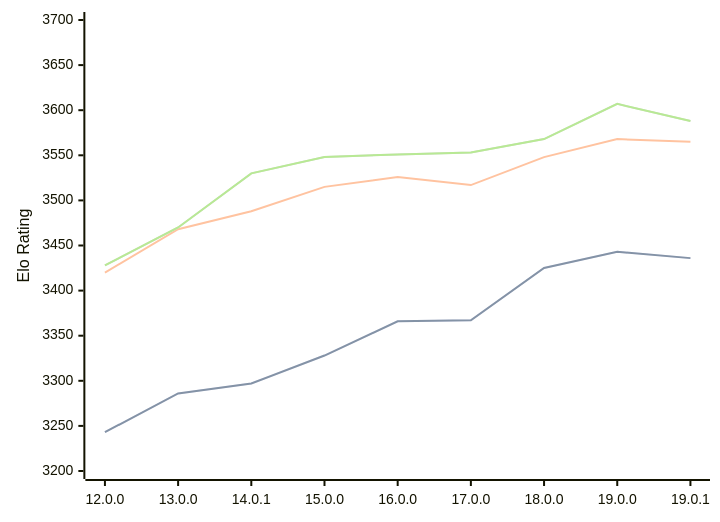
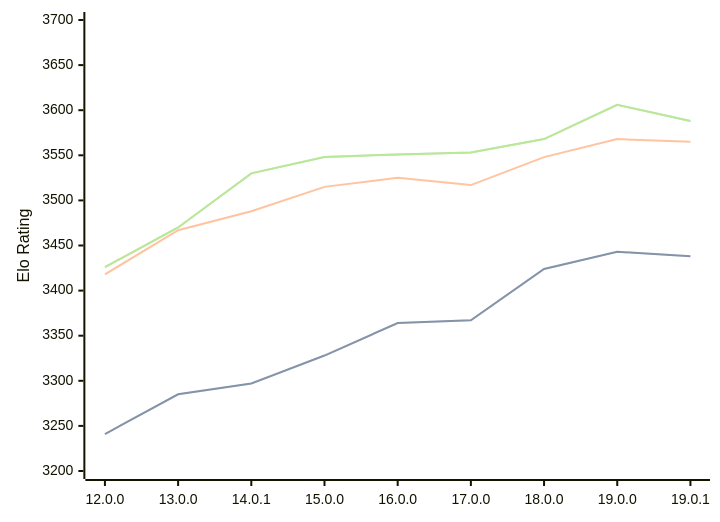
The diagram in engines/Viridithas.md (computer-chess-index/cci), drawn with Mermaid before and after one commit. The commit also changed other lines of this file, not shown here.

Commit message:
Update CCI Ratings (ELO VLTC) - 2026-03-16

````diff
--- a/engines/Viridithas.md
+++ b/engines/Viridithas.md
@@ -61,11 +61,11 @@
 ```mermaid
 %%{init: {"theme":"base","themeVariables":{"seriesColors:['#a3a3a3','#222221','#faa371']}}}%%
 xychart-beta
   x-axis ["12.0.0", "13.0.0", "14.0.1", "15.0.0", "16.0.0", "17.0.0", "18.0.0", "19.0.0", "19.0.1"]
   y-axis "Elo Rating" 3200 --> 3700
-  line "STC (8.0+0.08s)" [3243, 3286, 3297, 3328, 3366, 3367, 3425, 3443, 3436]
-  line "STC (8.0+0.08s)" [3243, 3286, 3297, 3328, 3366, 3367, 3425, 3443, 3436]
-  line "LTC (60.0+0.60s)" [3420, 3468, 3488, 3515, 3526, 3517, 3548, 3568, 3565]
-  line "VLTC (2m24s+1.12s)" [3428, 3470, 3530, 3548, 3551, 3553, 3568, 3607, 3588]
-  line "VLTC (2m24s+1.12s)" [3428, 3470, 3530, 3548, 3551, 3553, 3568, 3607, 3588]
+  line "STC (8.0+0.08s)" [3241, 3285, 3297, 3328, 3364, 3367, 3424, 3443, 3438]
+  line "STC (8.0+0.08s)" [3241, 3285, 3297, 3328, 3364, 3367, 3424, 3443, 3438]
+  line "LTC (60.0+0.60s)" [3418, 3467, 3488, 3515, 3525, 3517, 3548, 3568, 3565]
+  line "VLTC (2m24s+1.12s)" [3426, 3470, 3530, 3548, 3551, 3553, 3568, 3606, 3588]
+  line "VLTC (2m24s+1.12s)" [3426, 3470, 3530, 3548, 3551, 3553, 3568, 3606, 3588]
 ```
````
